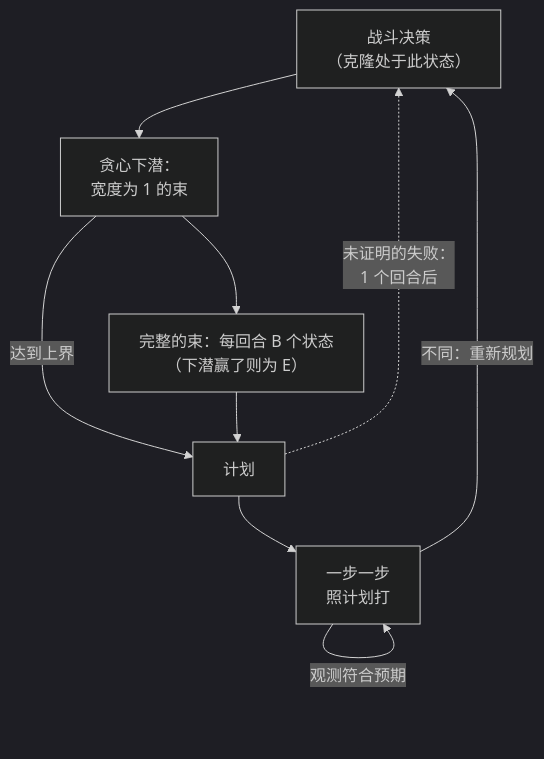
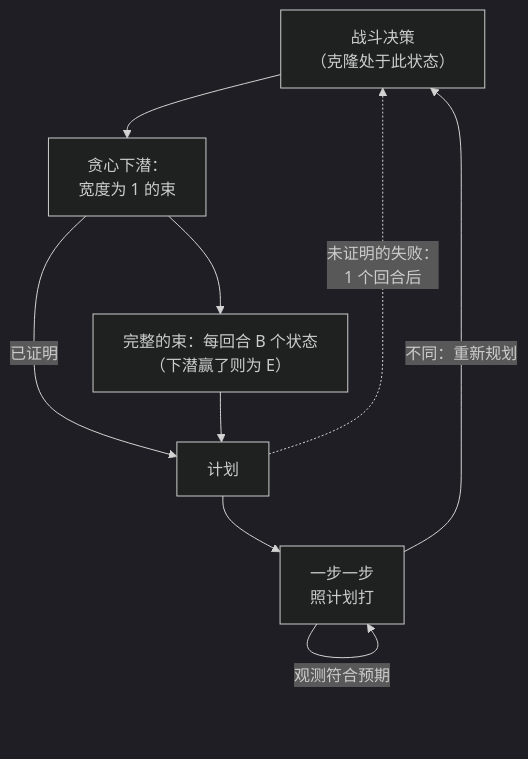
One commit to shinnku-nikaidou/spire-zero changed the first of 2 diagrams in docs/src/content/docs/arch/sl-planner/index.mdx. Above: the diagram before and after it, drawn with Mermaid (dark theme). The commit also changed other lines of this file and 128 other files, not shown here.

````diff
--- a/docs/src/content/docs/arch/sl-planner/index.mdx
+++ b/docs/src/content/docs/arch/sl-planner/index.mdx
@@ -49,11 +49,11 @@
 ```mermaid
 flowchart TD
   D["战斗决策<br/>（克隆处于此状态）"] --> V["贪心下潜：<br/>宽度为 1 的束"]
-  V -->|"达到上界"| P["计划"]
+  V -->|"已证明"| P["计划"]
   V --> B["完整的束：每回合 B 个状态<br/>（下潜赢了则为 E）"]
   B --> P
   P --> F["一步一步<br/>照计划打"]
   F -->|"观测符合预期"| F
   F -->|"不同：重新规划"| D
   P -.->|"未证明的失败：<br/>1 个回合后"| D
 ```
````
